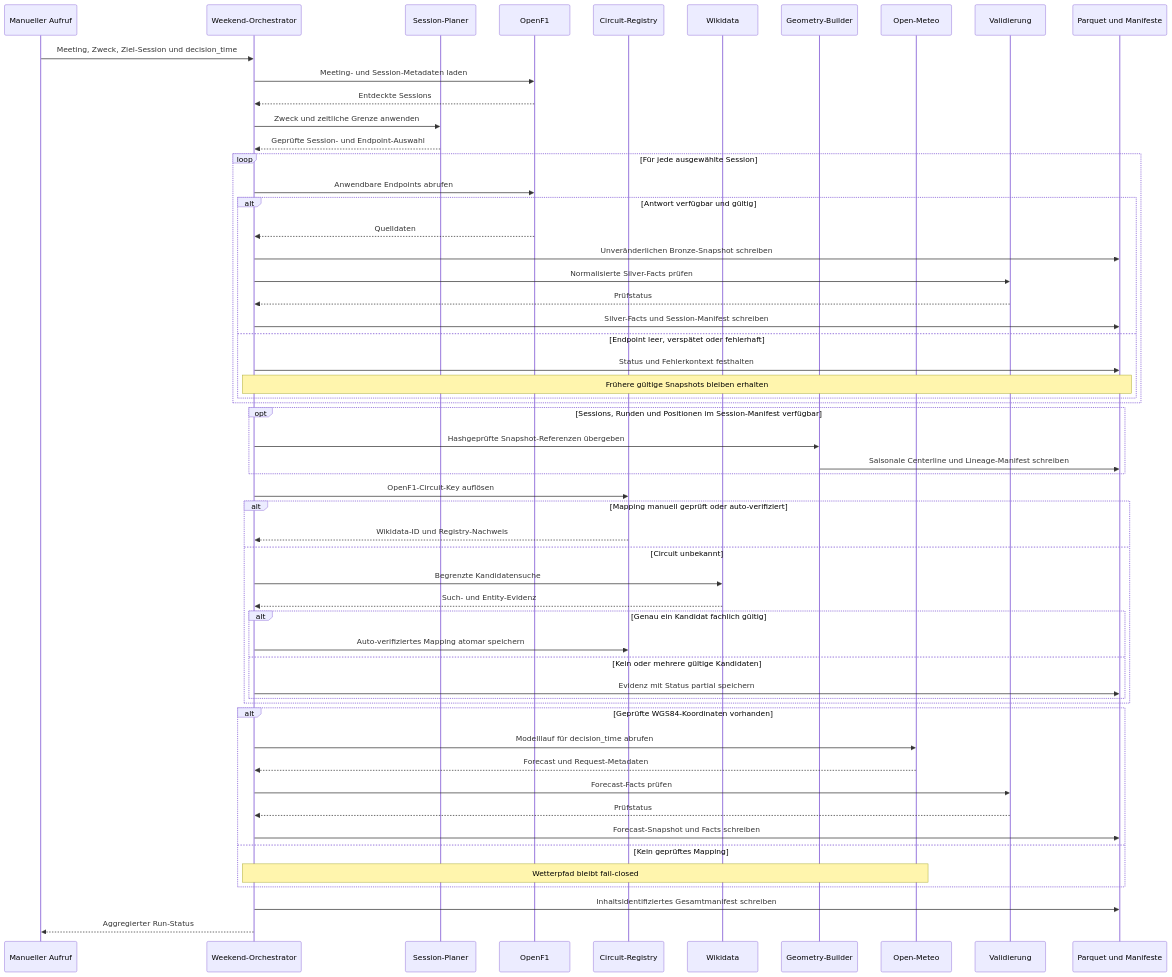
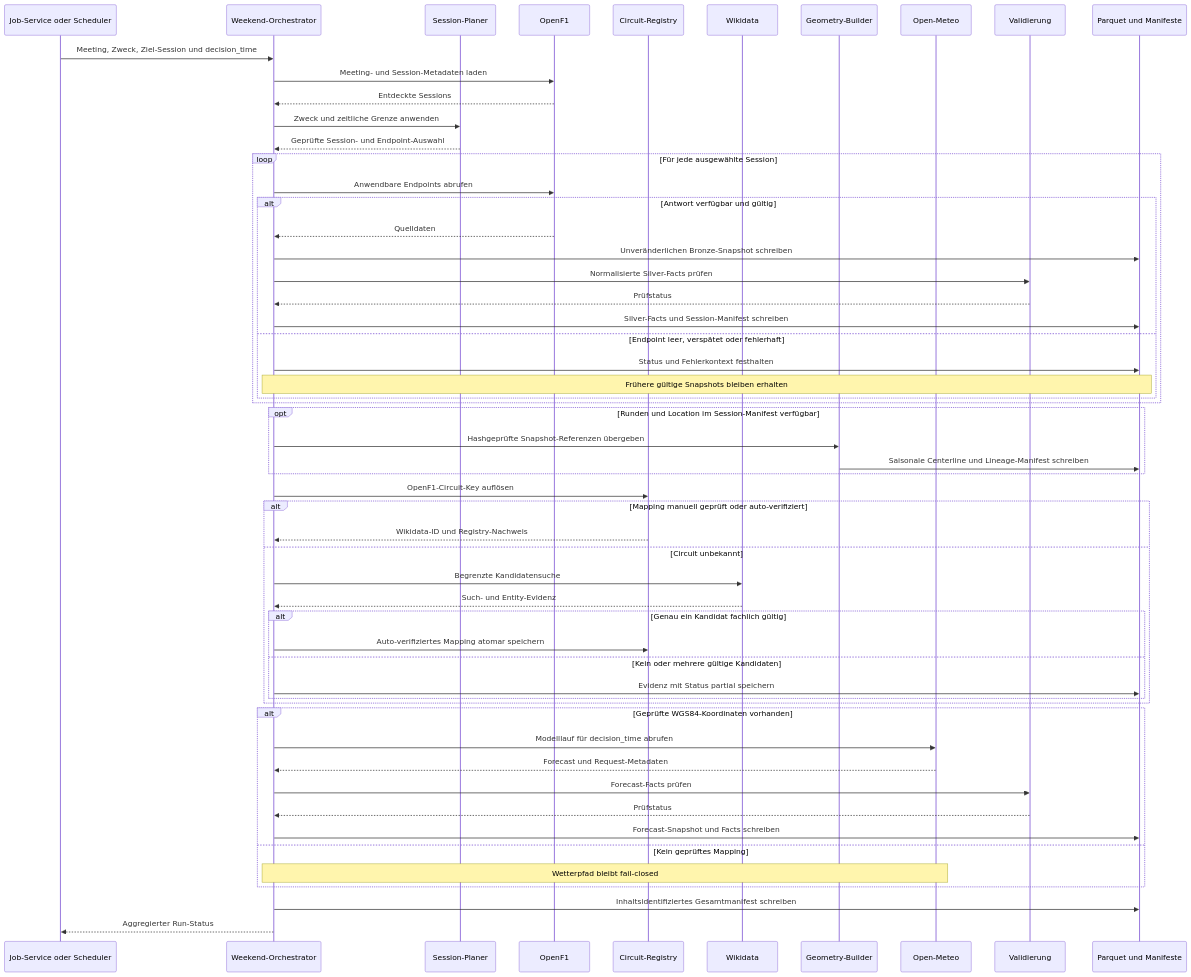
One commit to vvleo23/f1-strat changed the first of 2 diagrams in docs/projektdokumentation.md. Above: the diagram before and after it, drawn with Mermaid. The commit also changed other lines of this file, not shown here.

````diff
--- a/docs/projektdokumentation.md
+++ b/docs/projektdokumentation.md
@@ -75,64 +75,64 @@
 ```mermaid
 sequenceDiagram
-	participant Aufruf as Manueller Aufruf
+	participant Aufruf as Job-Service oder Scheduler
 	participant Orchestrator as Weekend-Orchestrator
 	participant Planner as Session-Planer
 	participant OpenF1
 	participant Registry as Circuit-Registry
 	participant Wikidata
 	participant Geometry as Geometry-Builder
 	participant OpenMeteo as Open-Meteo
 	participant Validierung
 	participant Ablage as Parquet und Manifeste
 
 	Aufruf->>Orchestrator: Meeting, Zweck, Ziel-Session und decision_time
 	Orchestrator->>OpenF1: Meeting- und Session-Metadaten laden
 	OpenF1-->>Orchestrator: Entdeckte Sessions
 	Orchestrator->>Planner: Zweck und zeitliche Grenze anwenden
 	Planner-->>Orchestrator: Geprüfte Session- und Endpoint-Auswahl
 
 	loop Für jede ausgewählte Session
 		Orchestrator->>OpenF1: Anwendbare Endpoints abrufen
 		alt Antwort verfügbar und gültig
 			OpenF1-->>Orchestrator: Quelldaten
 			Orchestrator->>Ablage: Unveränderlichen Bronze-Snapshot schreiben
 			Orchestrator->>Validierung: Normalisierte Silver-Facts prüfen
 			Validierung-->>Orchestrator: Prüfstatus
 			Orchestrator->>Ablage: Silver-Facts und Session-Manifest schreiben
 		else Endpoint leer, verspätet oder fehlerhaft
 			Orchestrator->>Ablage: Status und Fehlerkontext festhalten
 			Note over Orchestrator,Ablage: Frühere gültige Snapshots bleiben erhalten
 		end
 	end
 
-	opt Sessions, Runden und Positionen im Session-Manifest verfügbar
+	opt Runden und Location im Session-Manifest verfügbar
 		Orchestrator->>Geometry: Hashgeprüfte Snapshot-Referenzen übergeben
 		Geometry->>Ablage: Saisonale Centerline und Lineage-Manifest schreiben
 	end
 
 	Orchestrator->>Registry: OpenF1-Circuit-Key auflösen
 	alt Mapping manuell geprüft oder auto-verifiziert
 		Registry-->>Orchestrator: Wikidata-ID und Registry-Nachweis
 	else Circuit unbekannt
 		Orchestrator->>Wikidata: Begrenzte Kandidatensuche
 		Wikidata-->>Orchestrator: Such- und Entity-Evidenz
 		alt Genau ein Kandidat fachlich gültig
 			Orchestrator->>Registry: Auto-verifiziertes Mapping atomar speichern
 		else Kein oder mehrere gültige Kandidaten
 			Orchestrator->>Ablage: Evidenz mit Status partial speichern
 		end
 	end
 
 	alt Geprüfte WGS84-Koordinaten vorhanden
 		Orchestrator->>OpenMeteo: Modelllauf für decision_time abrufen
 		OpenMeteo-->>Orchestrator: Forecast und Request-Metadaten
 		Orchestrator->>Validierung: Forecast-Facts prüfen
 		Validierung-->>Orchestrator: Prüfstatus
 		Orchestrator->>Ablage: Forecast-Snapshot und Facts schreiben
 	else Kein geprüftes Mapping
 		Note over Orchestrator,OpenMeteo: Wetterpfad bleibt fail-closed
 	end
 
 	Orchestrator->>Ablage: Inhaltsidentifiziertes Gesamtmanifest schreiben
 	Orchestrator-->>Aufruf: Aggregierter Run-Status
 ```
````
